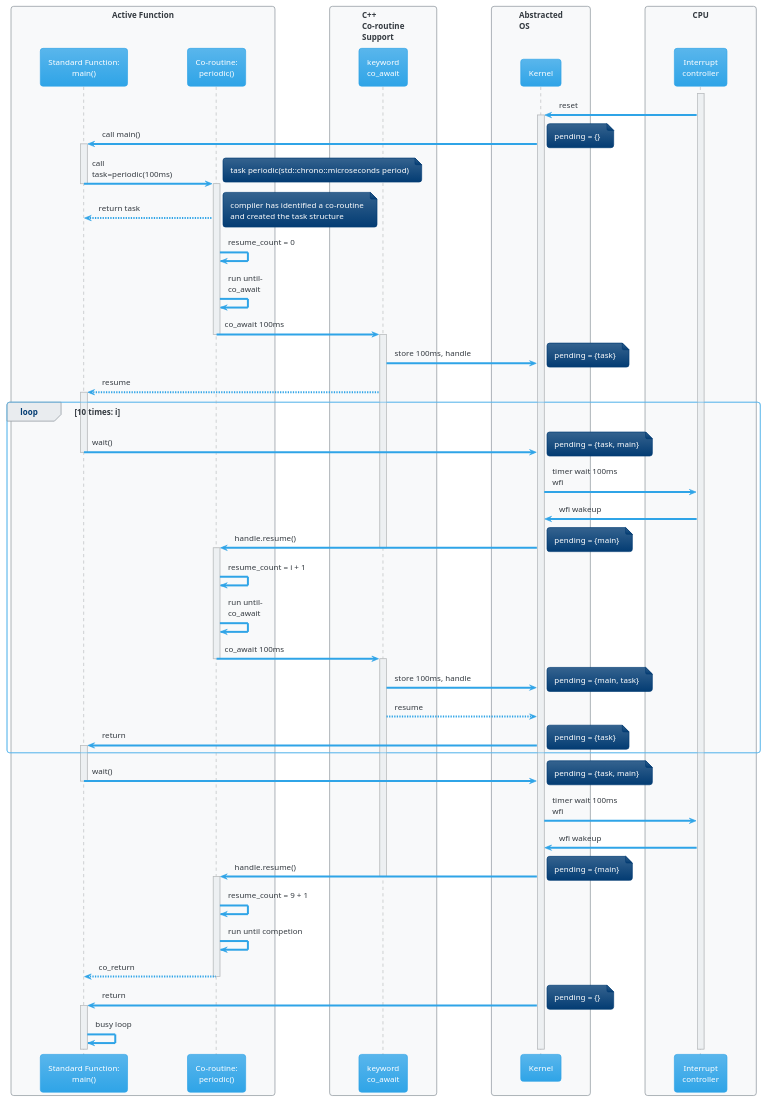
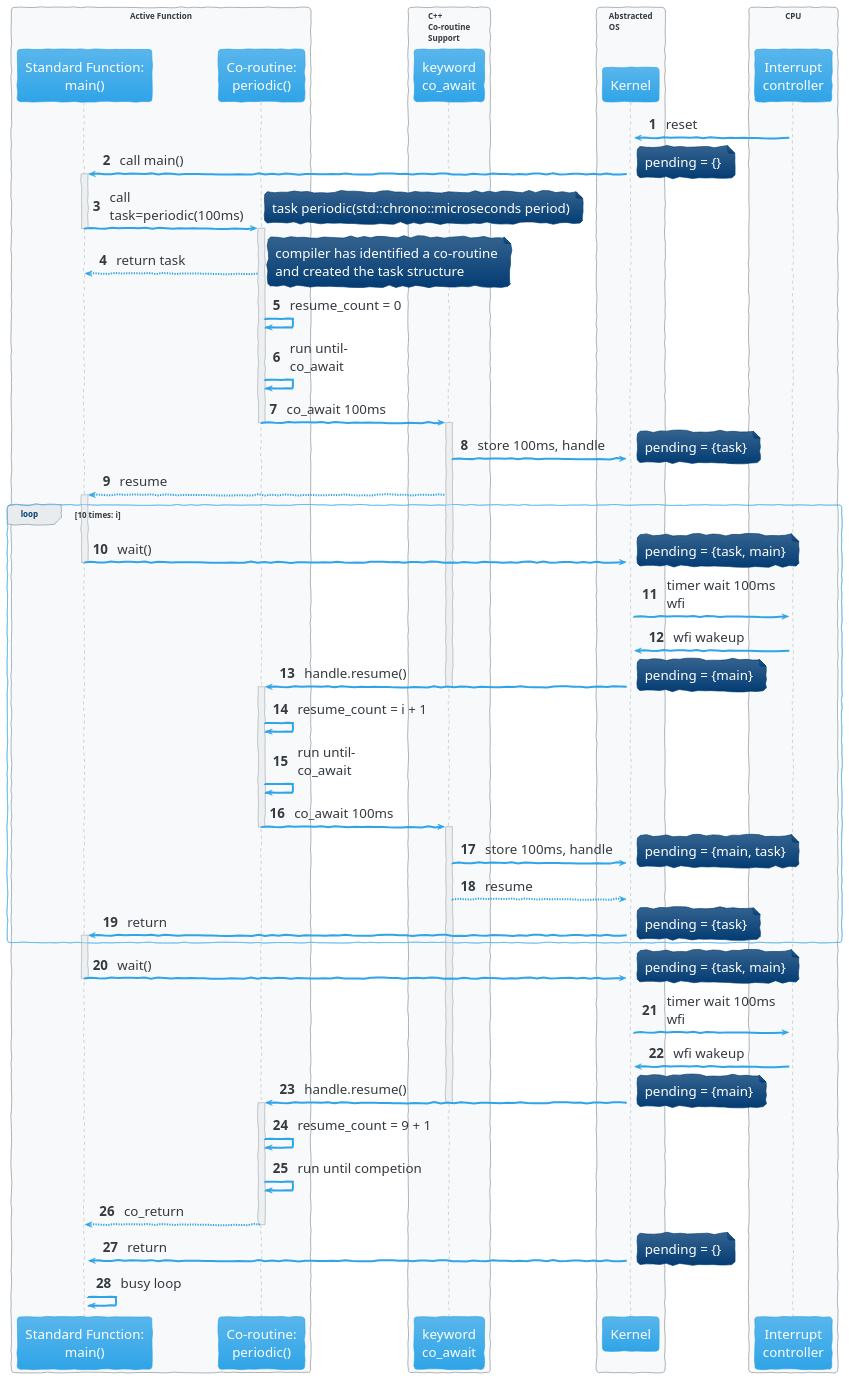
Before and after one commit to five-embeddev/baremetal-cxx-coro: the diagram in docs/diagrams/tast_sequence_abstract.puml, drawn with PlantUML. The commit also changed 22 other files, not shown here.

Commit message:
Style updates for diagrams

```diff
--- a/docs/diagrams/tast_sequence_abstract.puml
+++ b/docs/diagrams/tast_sequence_abstract.puml
@@ -1,89 +1,99 @@
 @startuml
 !theme cerulean
+
+skinparam sequenceMessageAlign left
+skinparam responseMessageBelowArrow true
+autonumber
+skinparam ParticipantPadding 5
+skinparam BoxPadding 5
+skinparam handwritten true
+skinparam ArrowFontSize 20
+skinparam noteFontSize 20
+skinparam participantFontSize 20
 
 box "Active Function"
     participant "Standard Function:\nmain()" as main
     participant "Co-routine:\nperiodic()" as coro
 end box
 
 box "C++\nCo-routine\nSupport"
     participant "keyword\nco_await" as co_await
 end box
 box "Abstracted\nOS"
     participant "Kernel" as kernel
 end box
 
 box "CPU"
     participant "Interrupt\ncontroller" as ic
 end box
 
 '' Power on
 activate ic
     ic -> kernel : reset
     activate kernel
     kernel -> main : call main()
     note right : pending = {}
 
     '' Enter main()
     activate main
                 main -> coro : call\ntask=periodic(100ms)
                 note right: task periodic(std::chrono::microseconds period)
 
                 '' First call
             deactivate main
             activate coro
                 coro --> main : return task
                 note right : compiler has identified a co-routine\nand created the task structure
                 coro -> coro : resume_count = 0
                 coro -> coro : run until-\nco_await
                 coro -> co_await : co_await 100ms
                 deactivate coro
                 activate co_await
                     co_await -> kernel : store 100ms, handle
                     note right : pending = {task}
                     co_await --> main : resume
 
     loop 10 times: i
                     activate main
                         main -> kernel: wait()
                     deactivate main
                         note right : pending = {task, main}
                         kernel -> ic : timer wait 100ms\nwfi
 
                     ic -> kernel : wfi wakeup
                     kernel -> coro : handle.resume()
                 deactivate co_await
                 activate coro
                     note right : pending = {main}
                     coro -> coro: resume_count = i + 1
                     coro -> coro : run until-\nco_await
                     coro -> co_await : co_await 100ms
                 deactivate coro
                 activate co_await
                     co_await -> kernel : store 100ms, handle
                     note right : pending = {main, task}
                     co_await --> kernel : resume
                 kernel -> main : return
                 activate main
                 note right : pending = {task}
     end
                 main -> kernel: wait()
             deactivate main
                 note right : pending = {task, main}
                 kernel -> ic : timer wait 100ms\nwfi
 
                 ic -> kernel : wfi wakeup
                 kernel -> coro : handle.resume()
         deactivate co_await
         activate coro
             note right : pending = {main}
             coro -> coro: resume_count = 9 + 1
             coro -> coro : run until competion
             coro --> main : co_return
         deactivate coro
             kernel -> main: return
         activate main
             note right : pending = {}
         main -> main : busy loop
 
 @enduml
```
